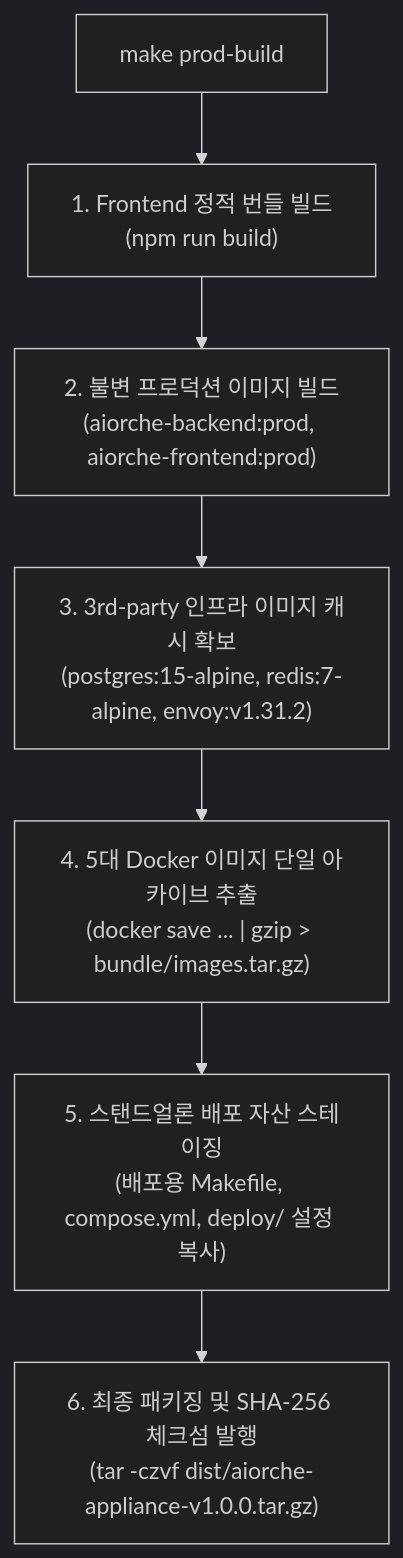
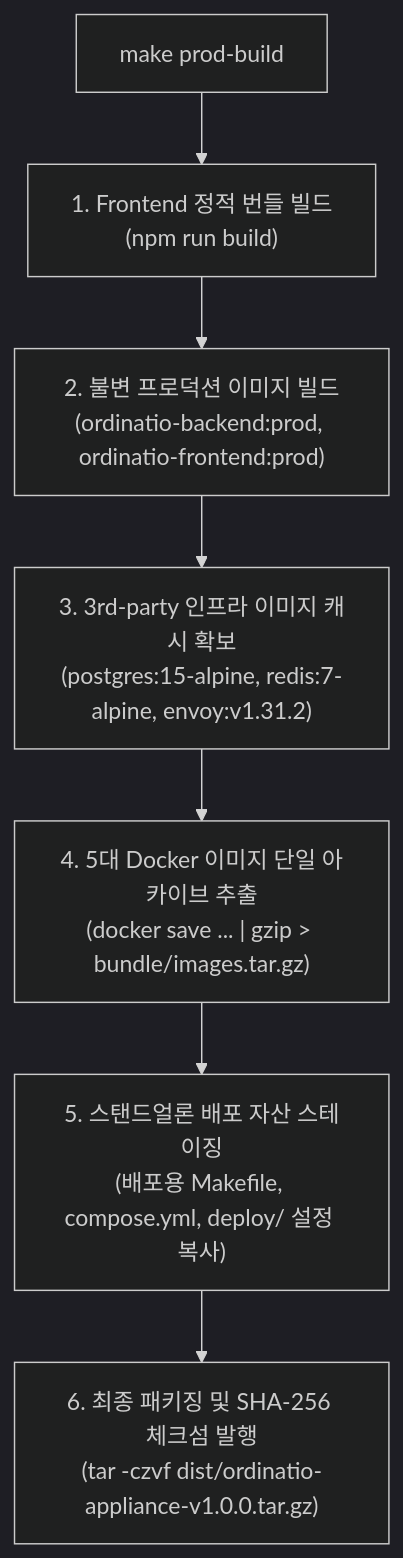
One commit to keikun80/ordinatio changed the first of 2 diagrams in architecture/07_appliance_and_packaging/PRE_40_standalone_offline_appliance_packaging_plan.md. Above: the diagram before and after it, drawn with Mermaid (dark theme). The commit also changed other lines of this file and 356 other files, not shown here.

First line of the commit message:
refactor(rebrand): rebrand aiorche to ordinatio across entire codebase

````diff
--- a/architecture/07_appliance_and_packaging/PRE_40_standalone_offline_appliance_packaging_plan.md
+++ b/architecture/07_appliance_and_packaging/PRE_40_standalone_offline_appliance_packaging_plan.md
@@ -55,9 +55,9 @@
 ```mermaid
 flowchart TD
     A["make prod-build"] --> B["1. Frontend 정적 번들 빌드<br/>(npm run build)"]
-    B --> C["2. 불변 프로덕션 이미지 빌드<br/>(aiorche-backend:prod, aiorche-frontend:prod)"]
+    B --> C["2. 불변 프로덕션 이미지 빌드<br/>(ordinatio-backend:prod, ordinatio-frontend:prod)"]
     C --> D["3. 3rd-party 인프라 이미지 캐시 확보<br/>(postgres:15-alpine, redis:7-alpine, envoy:v1.31.2)"]
     D --> E["4. 5대 Docker 이미지 단일 아카이브 추출<br/>(docker save ... | gzip > bundle/images.tar.gz)"]
     E --> F["5. 스탠드얼론 배포 자산 스테이징<br/>(배포용 Makefile, compose.yml, deploy/ 설정 복사)"]
-    F --> G["6. 최종 패키징 및 SHA-256 체크섬 발행<br/>(tar -czvf dist/aiorche-appliance-v1.0.0.tar.gz)"]
+    F --> G["6. 최종 패키징 및 SHA-256 체크섬 발행<br/>(tar -czvf dist/ordinatio-appliance-v1.0.0.tar.gz)"]
 ```
````
